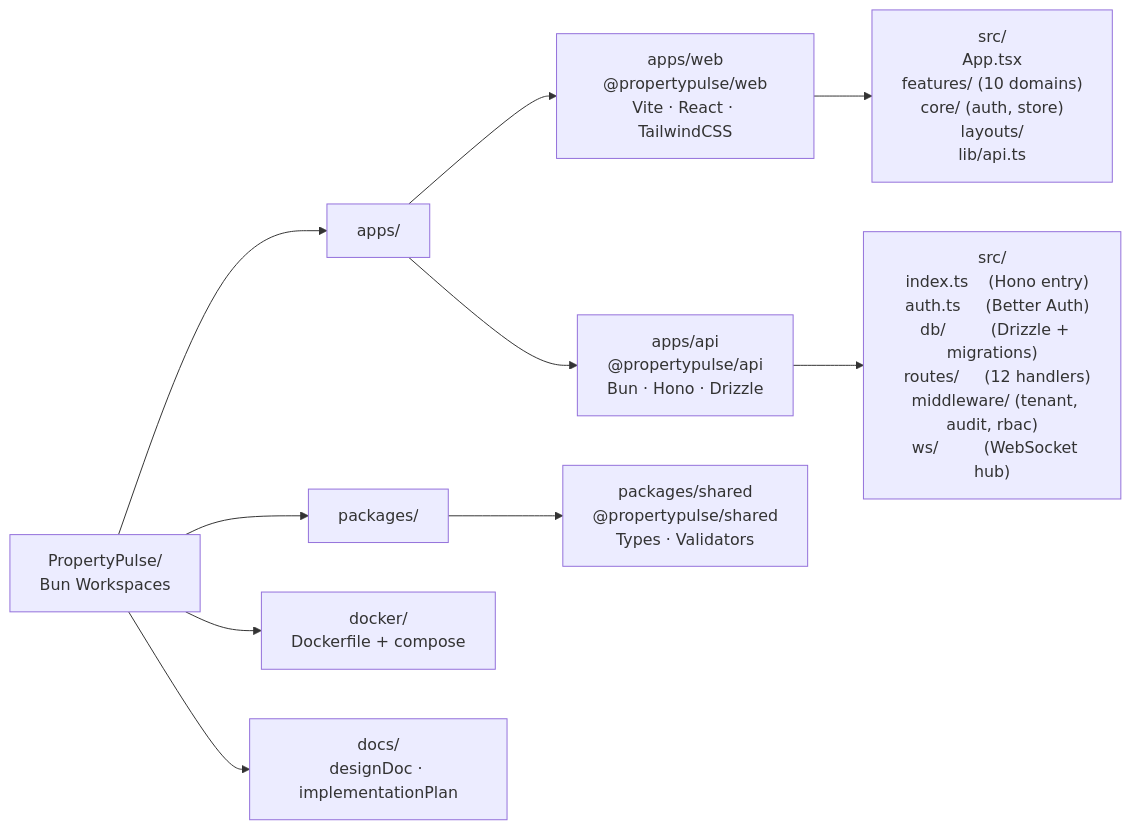
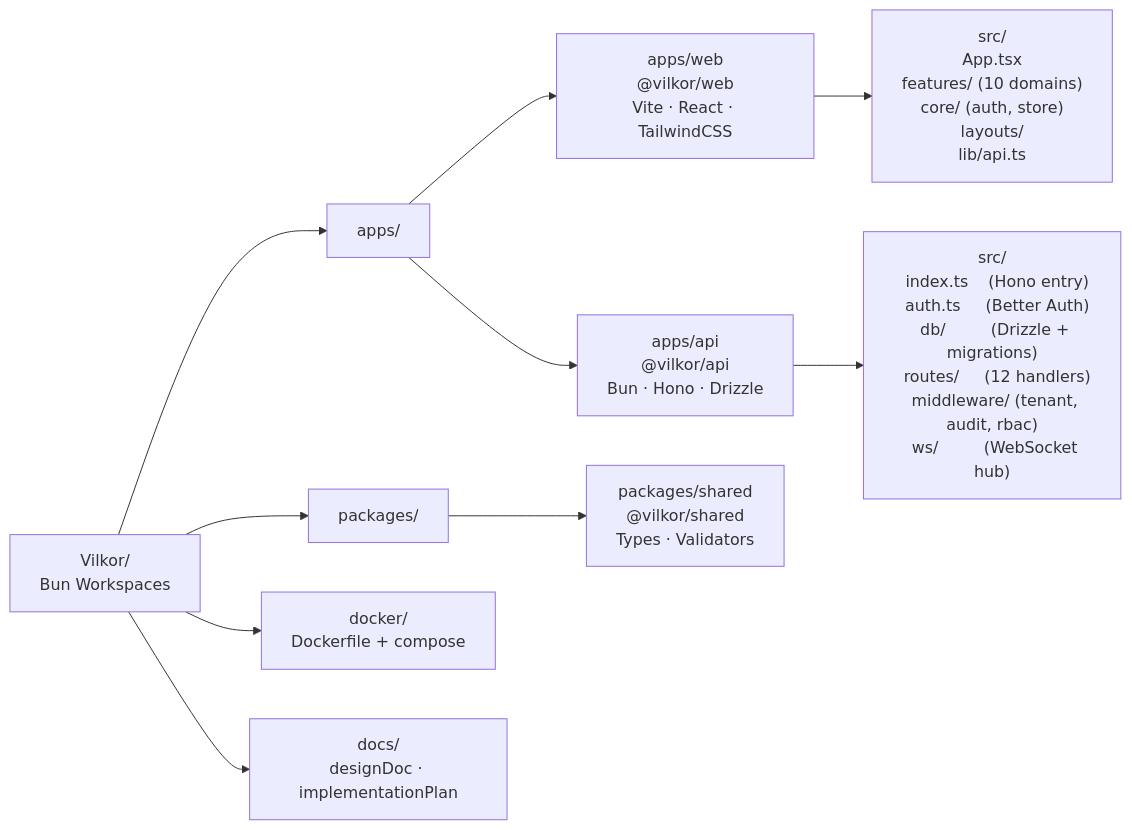
Before and after one commit to antonoriza/VilkorTheWebsite: the second of 8 diagrams in README.md, drawn with Mermaid. The commit also changed other lines of this file and 36 other files, not shown here.

````diff
--- a/README.md
+++ b/README.md
@@ -68,18 +68,18 @@
 ```mermaid
 graph LR
-    ROOT["PropertyPulse/\nBun Workspaces"]
+    ROOT["Vilkor/\nBun Workspaces"]
 
     ROOT --> APPS["apps/"]
     ROOT --> PKGS["packages/"]
     ROOT --> DOCKER["docker/\nDockerfile + compose"]
     ROOT --> DOCS["docs/\ndesignDoc · implementationPlan"]
 
-    APPS --> WEB_APP["apps/web\n@propertypulse/web\nVite · React · TailwindCSS"]
-    APPS --> API_APP["apps/api\n@propertypulse/api\nBun · Hono · Drizzle"]
+    APPS --> WEB_APP["apps/web\n@vilkor/web\nVite · React · TailwindCSS"]
+    APPS --> API_APP["apps/api\n@vilkor/api\nBun · Hono · Drizzle"]
 
-    PKGS --> SHARED_PKG["packages/shared\n@propertypulse/shared\nTypes · Validators"]
+    PKGS --> SHARED_PKG["packages/shared\n@vilkor/shared\nTypes · Validators"]
 
     WEB_APP --> WEB_SRC["src/\n  App.tsx\n  features/   (10 domains)\n  core/       (auth, store)\n  layouts/\n  lib/api.ts"]
 
     API_APP --> API_SRC["src/\n  index.ts    (Hono entry)\n  auth.ts     (Better Auth)\n  db/         (Drizzle + migrations)\n  routes/     (12 handlers)\n  middleware/ (tenant, audit, rbac)\n  ws/         (WebSocket hub)"]
 ```
````
